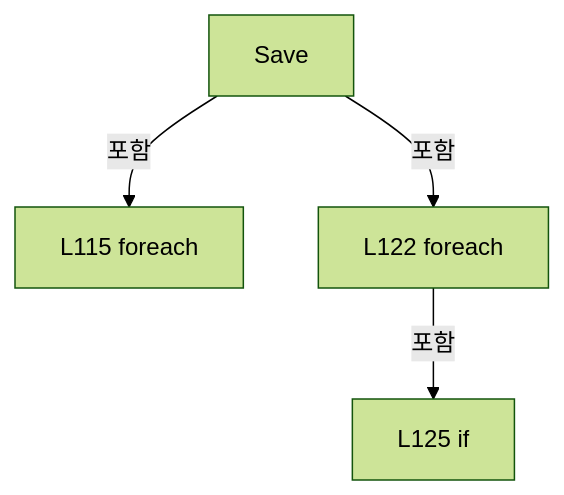
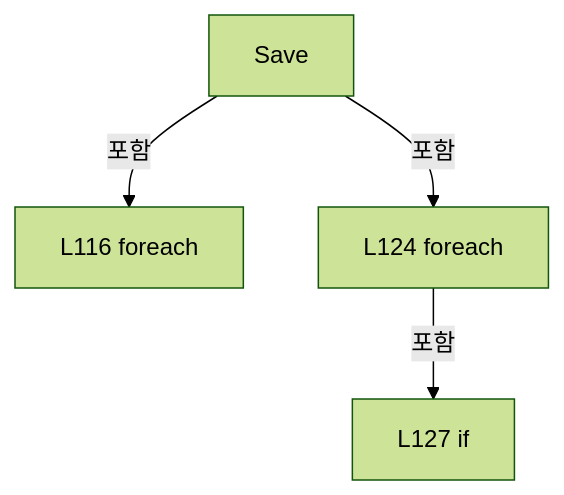
One commit to kjuws10-rgb/Shared changed the first of 17 diagrams in A3 LD Code Ref/files/Drilling.File/JHMI/CSettingFile.cs.md. Above: the diagram before and after it, drawn with Mermaid (forest theme). The commit also changed other lines of this file and 2071 other files, not shown here.

Commit message:
docs(a3): update 11.19.0 architecture and code reference

````diff
--- a/A3 LD Code Ref/files/Drilling.File/JHMI/CSettingFile.cs.md
+++ b/A3 LD Code Ref/files/Drilling.File/JHMI/CSettingFile.cs.md
@@ -408,10 +408,10 @@
 ```mermaid
 flowchart TD
  M["Save"]
- N0["L115 foreach"]
+ N0["L116 foreach"]
  M -->|포함| N0
- N1["L122 foreach"]
+ N1["L124 foreach"]
  M -->|포함| N1
- N2["L125 if"]
+ N2["L127 if"]
  N1 -->|포함| N2
 ```
````
